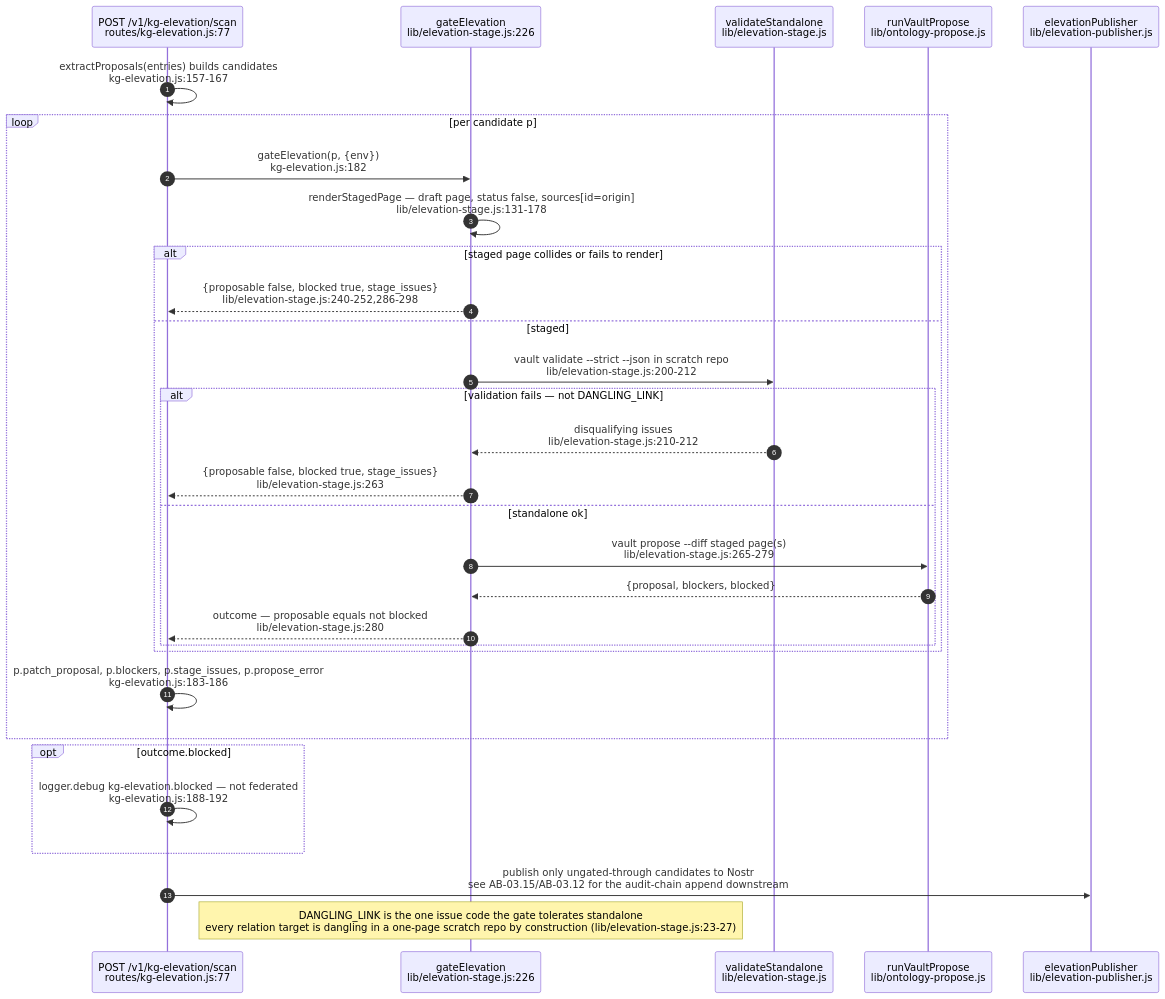
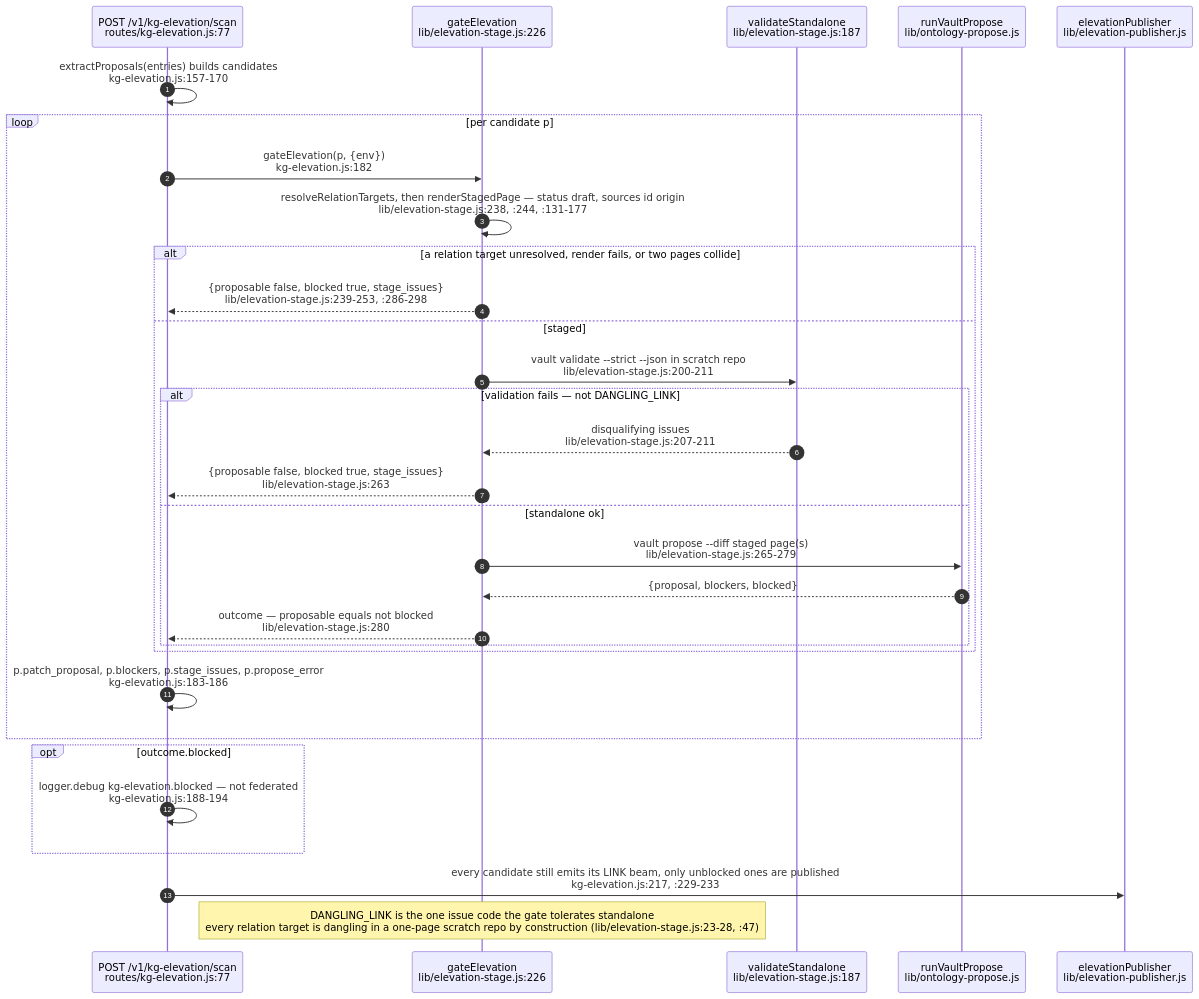
One commit to DreamLab-AI/VisionFlow changed diagram 17 of 17 in docs/diagrams/agentbox/03-management-api-request-lifecycle.md. Above: the diagram before and after it, drawn with Mermaid. The commit also changed other lines of this file and 173 other files, not shown here.

````diff
--- a/docs/diagrams/agentbox/03-management-api-request-lifecycle.md
+++ b/docs/diagrams/agentbox/03-management-api-request-lifecycle.md
@@ -638,34 +673,34 @@
 ```mermaid
 sequenceDiagram
     autonumber
     participant K as POST /v1/kg-elevation/scan<br/>routes/kg-elevation.js:77
     participant G as gateElevation<br/>lib/elevation-stage.js:226
-    participant Val as validateStandalone<br/>lib/elevation-stage.js
+    participant Val as validateStandalone<br/>lib/elevation-stage.js:187
     participant Vault as runVaultPropose<br/>lib/ontology-propose.js
     participant Pub as elevationPublisher<br/>lib/elevation-publisher.js
 
-    K->>K: extractProposals(entries) builds candidates<br/>kg-elevation.js:157-167
+    K->>K: extractProposals(entries) builds candidates<br/>kg-elevation.js:157-170
     loop per candidate p
         K->>G: gateElevation(p, {env})<br/>kg-elevation.js:182
-        G->>G: renderStagedPage — draft page, status false, sources[id=origin]<br/>lib/elevation-stage.js:131-178
-        alt staged page collides or fails to render
-            G-->>K: {proposable false, blocked true, stage_issues}<br/>lib/elevation-stage.js:240-252,286-298
+        G->>G: resolveRelationTargets, then renderStagedPage — status draft, sources id origin<br/>lib/elevation-stage.js:238, :244, :131-177
+        alt a relation target unresolved, render fails, or two pages collide
+            G-->>K: {proposable false, blocked true, stage_issues}<br/>lib/elevation-stage.js:239-253, :286-298
         else staged
-            G->>Val: vault validate --strict --json in scratch repo<br/>lib/elevation-stage.js:200-212
+            G->>Val: vault validate --strict --json in scratch repo<br/>lib/elevation-stage.js:200-211
             alt validation fails — not DANGLING_LINK
-                Val-->>G: disqualifying issues<br/>lib/elevation-stage.js:210-212
+                Val-->>G: disqualifying issues<br/>lib/elevation-stage.js:207-211
                 G-->>K: {proposable false, blocked true, stage_issues}<br/>lib/elevation-stage.js:263
             else standalone ok
                 G->>Vault: vault propose --diff staged page(s)<br/>lib/elevation-stage.js:265-279
                 Vault-->>G: {proposal, blockers, blocked}
                 G-->>K: outcome — proposable equals not blocked<br/>lib/elevation-stage.js:280
             end
         end
         K->>K: p.patch_proposal, p.blockers, p.stage_issues, p.propose_error<br/>kg-elevation.js:183-186
     end
     opt outcome.blocked
-        K->>K: logger.debug kg-elevation.blocked — not federated<br/>kg-elevation.js:188-192
+        K->>K: logger.debug kg-elevation.blocked — not federated<br/>kg-elevation.js:188-194
     end
-    K->>Pub: publish only ungated-through candidates to Nostr<br/>see AB-03.15/AB-03.12 for the audit-chain append downstream
-    Note over G: DANGLING_LINK is the one issue code the gate tolerates standalone<br/>every relation target is dangling in a one-page scratch repo by construction (lib/elevation-stage.js:23-27)
+    K->>Pub: every candidate still emits its LINK beam, only unblocked ones are published<br/>kg-elevation.js:217, :229-233
+    Note over G: DANGLING_LINK is the one issue code the gate tolerates standalone<br/>every relation target is dangling in a one-page scratch repo by construction (lib/elevation-stage.js:23-28, :47)
 ```
````
